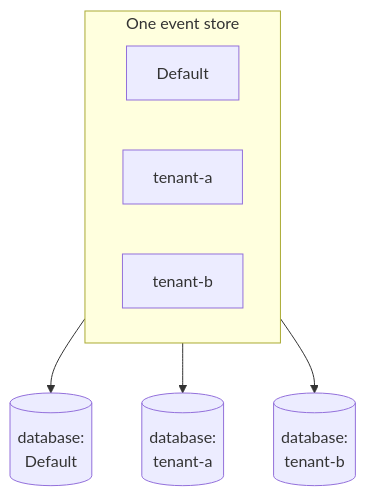
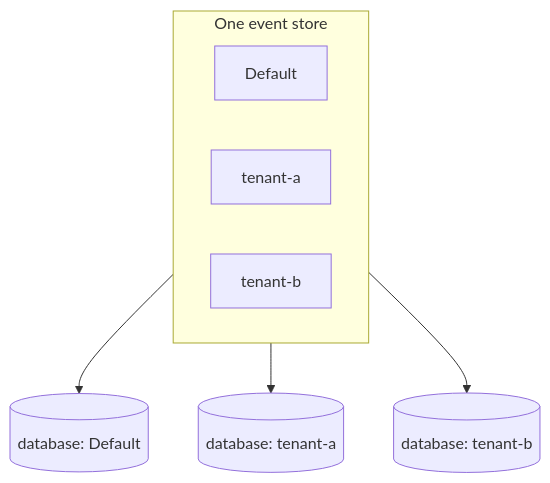
One commit to Cratis/Chronicle changed the diagram in Documentation/concepts/namespaces.md. Above: the diagram before and after it, drawn with Mermaid. The commit also changed 43 other files, not shown here.

````diff
--- a/Documentation/concepts/namespaces.md
+++ b/Documentation/concepts/namespaces.md
@@ -22,12 +22,12 @@
 ```mermaid
 flowchart TB
     subgraph ES["One event store"]
         direction LR
         D["Default"]
         A["tenant-a"]
         B["tenant-b"]
     end
-    D --> DBd[("database:<br/>Default")]
-    A --> DBa[("database:<br/>tenant-a")]
-    B --> DBb[("database:<br/>tenant-b")]
+    D --> DBd[("database: Default")]
+    A --> DBa[("database: tenant-a")]
+    B --> DBb[("database: tenant-b")]
 ```
````
